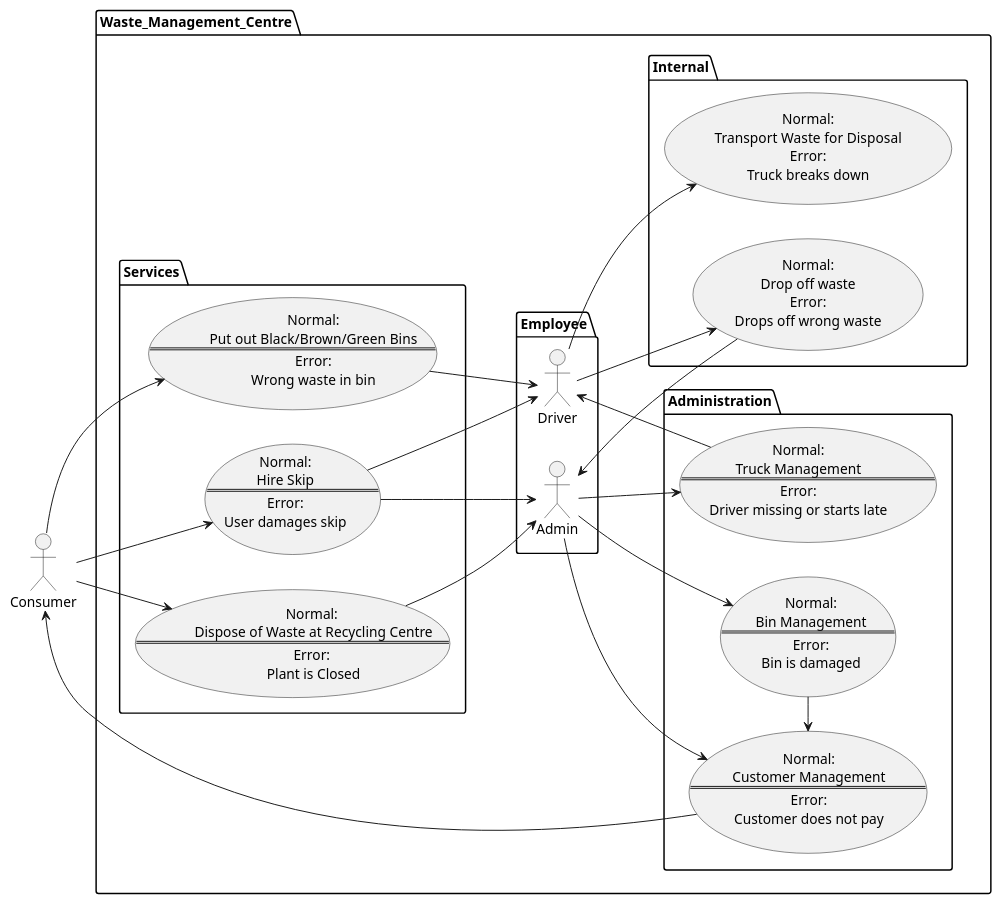
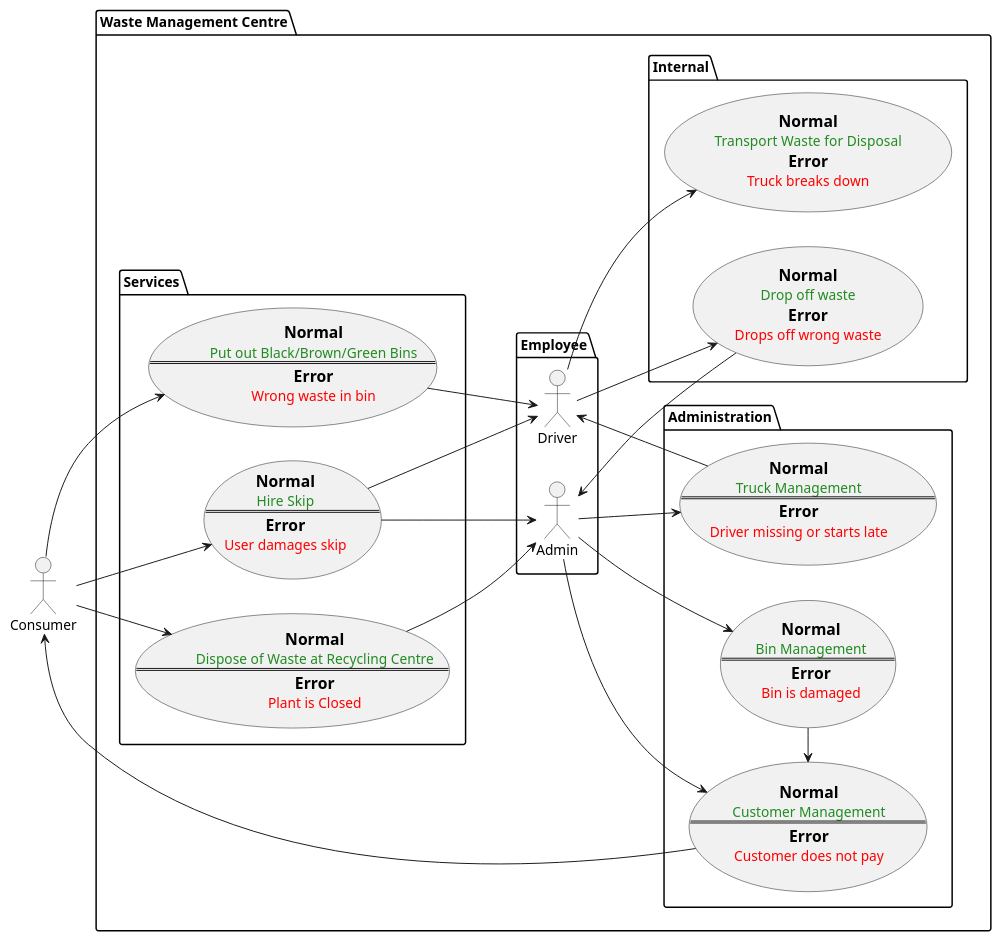
The diagram in UML.wsd (tedski999/CSU22041-InformationManagement-Group8), drawn with PlantUML before and after one commit.

Commit message:
Added color to case diagram

```diff
--- a/UML.wsd
+++ b/UML.wsd
@@ -1,98 +1,98 @@
 @startuml Waste Management Company
 
 left to right direction
 actor Consumer as c
 
-package Waste_Management_Centre {
+package "Waste Management Centre" {
 	package Employee {
 		actor Driver as d
 		actor Admin as a
 	}
 
 	package Services {
 		usecase centre as "
-				Normal: 
-				Dispose of Waste at Recycling Centre
+				== Normal
+				<color:#228B22>Dispose of Waste at Recycling Centre
 				==
-				Error: 
-				Plant is Closed"
+				== Error
+				<color:#FF0000>Plant is Closed"
 		
 		usecase bins as "
-				Normal:
-				Put out Black/Brown/Green Bins
+				== Normal
+				<color:#228B22>Put out Black/Brown/Green Bins
 				==
-				Error:
-				Wrong waste in bin"
+				== Error
+				<color:#FF0000>Wrong waste in bin"
 		
 		usecase skip as "
-				Normal:
-				Hire Skip
+				== Normal
+				<color:#228B22>Hire Skip
 				==
-				Error:
-				User damages skip"
+				== Error
+				<color:#FF0000>User damages skip"
 	}
 
 	package Internal {
 		usecase transport as "
-				Normal:
-				Transport Waste for Disposal
-				Error:
-				Truck breaks down"
+				== Normal
+				<color:#228B22>Transport Waste for Disposal
+				== Error
+				<color:#FF0000>Truck breaks down"
 
 		usecase dropoff as "
-				Normal:
-				Drop off waste
-				Error:
-				Drops off wrong waste"
+				== Normal
+				<color:#228B22>Drop off waste
+				== Error
+				<color:#FF0000>Drops off wrong waste"
 	}
 
 	package Administration {
 
 		usecase truckmanage as "
-				Normal:
-				Truck Management
+				== Normal
+				<color:#228B22>Truck Management
 				==
-				Error:
-				Driver missing or starts late"
+				== Error
+				<color:#FF0000>Driver missing or starts late"
 
 		usecase customermanage as "
-				Normal:
-				Customer Management
+				== Normal
+				<color:#228B22>Customer Management
 				==
-				Error:
-				Customer does not pay"
+				== Error
+				<color:#FF0000>Customer does not pay"
 
 		usecase binmanage as "
-				Normal:
-				Bin Management
+				== Normal
+				<color:#228B22>Bin Management
 				==
-				Error:
-				Bin is damaged"
+				== Error
+				<color:#FF0000>Bin is damaged"
 	}
 }
 
 c --> centre
 c --> bins
 c --> skip
 
 bins --> d
 skip --> d
 
 d --> transport
 d --> dropoff
 
 dropoff --> a
 
 a --> truckmanage
 a --> customermanage
 a --> binmanage
 
 customermanage -> c
 truckmanage -> d
 binmanage -> customermanage
 
 centre --> a
 skip --> a
 
 
 @enduml
```
